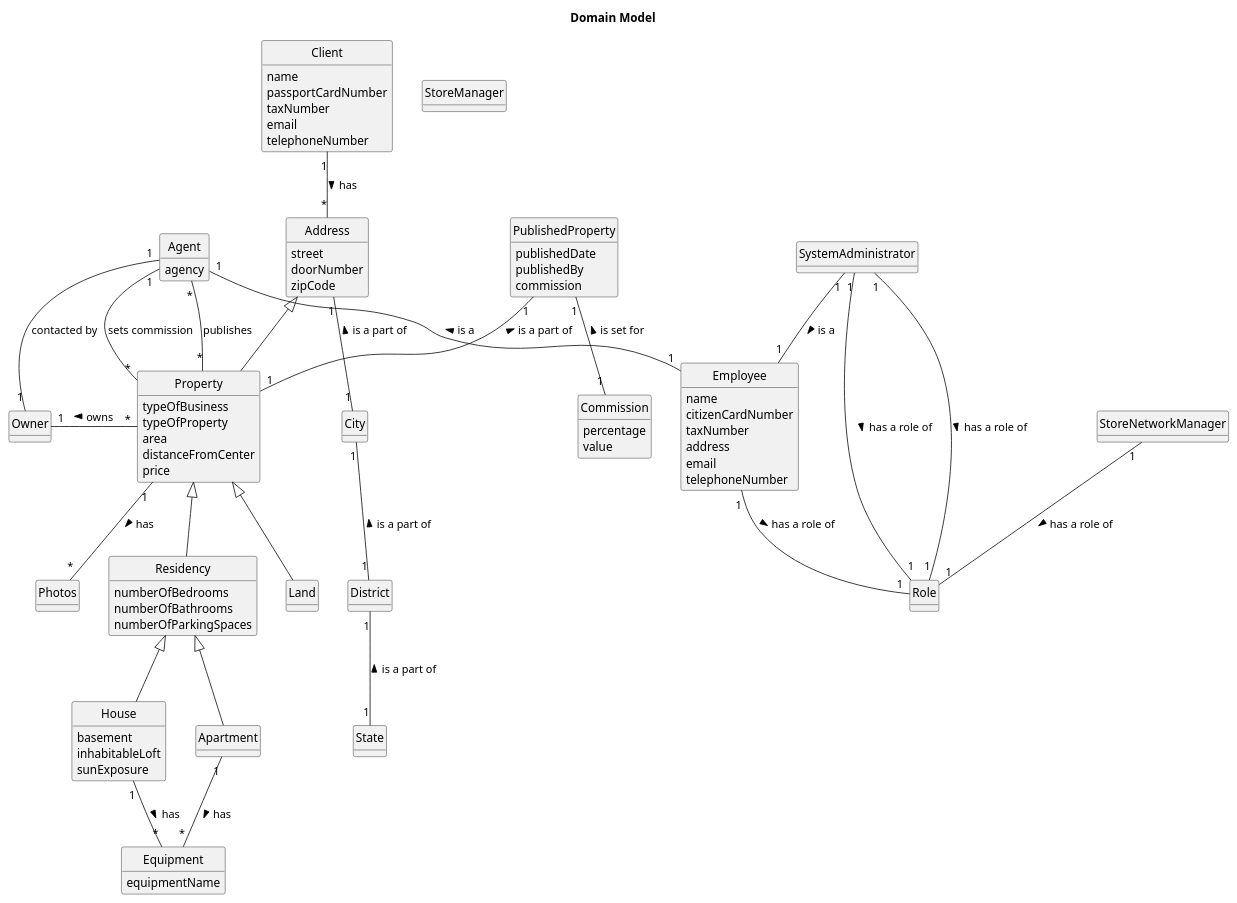
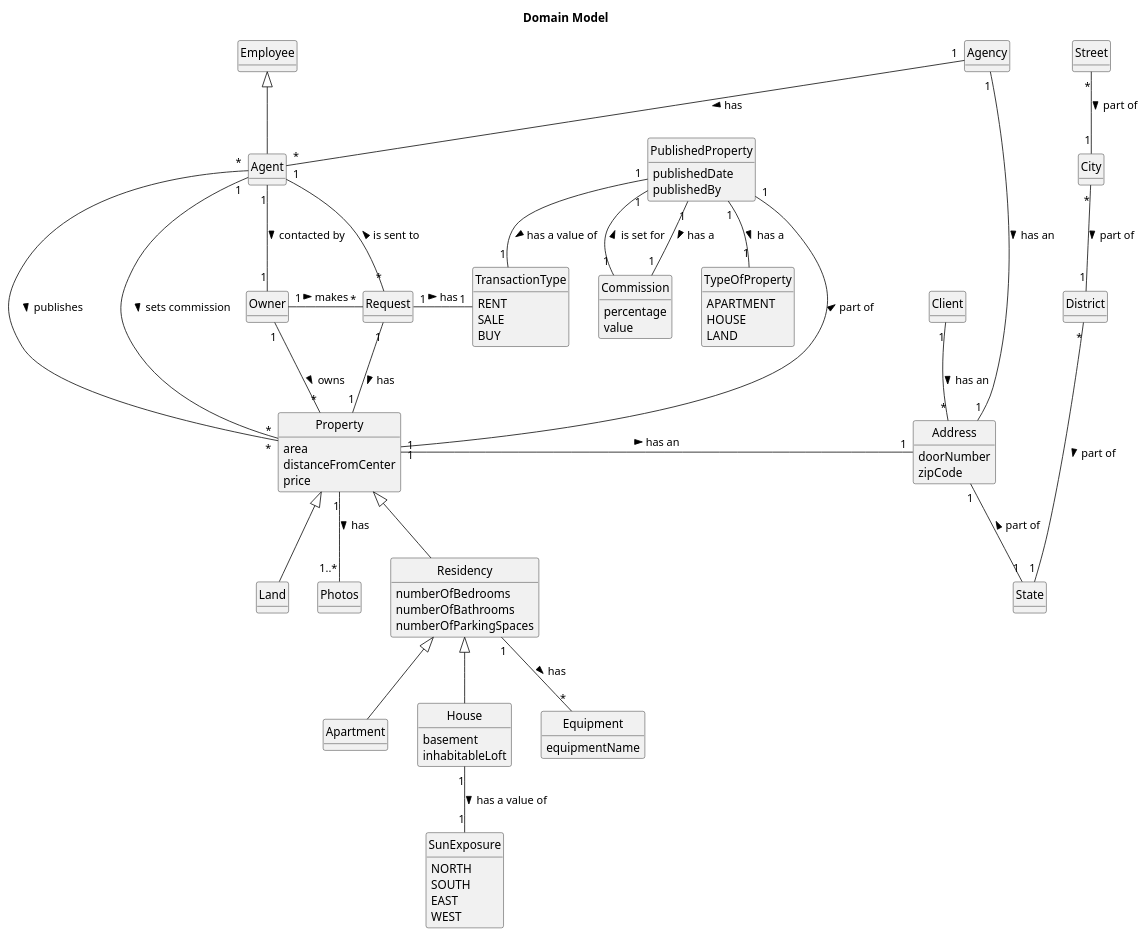
One commit to Goncalves2525/real-estate-management-system changed the diagram in docs/sprintB/us002/02.analysis/puml/us002-domain-model.puml. Above: the diagram before and after it, drawn with PlantUML. The commit also changed 15 other files, not shown here.

```diff
--- a/docs/sprintB/us002/02.analysis/puml/us002-domain-model.puml
+++ b/docs/sprintB/us002/02.analysis/puml/us002-domain-model.puml
@@ -1,148 +1,134 @@
 @startuml
 skinparam monochrome true
 skinparam packageStyle rectangle
 skinparam shadowing false
 skinparam classAttributeIconSize 0
 'skinparam linetype ortho
 hide circle
 hide methods
 
 title Domain Model
 
 class Client{
-    name
-    passportCardNumber
-    taxNumber
-    email
-    telephoneNumber
 }
 
-class Owner {
+class Owner{
 }
 
 class Employee{
-    name
-    citizenCardNumber
-    taxNumber
-    address
-    email
-    telephoneNumber
 }
 
-class Agent{
-    agency
+class Agent extends Employee{
 }
 
-'class Property{
-'    typeOfProperty
-'    area
-'    location
-'    distanceFromCityCentre
-'    requestedPrice
-'    photographs
-'    numberOfBedrooms
-'    numberOfBathrooms
-'    numberOfParkingSpaces
-'    availableEquipment
-'    hasBasement
-'    hasInhabitableLoft
-'    sunExposureValue
-'}
 
-class Property extends Address{
-    typeOfBusiness
-    typeOfProperty
+
+class Property{
     area
     distanceFromCenter
     price
 }
 
 class Photos {
 }
 
 class Address{
-    street
     doorNumber
     zipCode
+}
+
+class Street{
 }
 
 class City{
 }
 
 class District{
 }
 
 class State{
 }
 
 class Apartment extends Residency{
 }
 
 class House extends Residency{
     basement
     inhabitableLoft
-    sunExposure
 }
 
 class Residency extends Property{
     numberOfBedrooms
     numberOfBathrooms
     numberOfParkingSpaces
 
 }
 
 class PublishedProperty{
     publishedDate
     publishedBy
-    commission
 }
 
 class Commission{
     percentage
     value
+}
+
+class TypeOfProperty{
+    APARTMENT
+    HOUSE
+    LAND
 }
 
 class Land extends Property{
 }
 
 class Equipment{
     equipmentName
 }
 
-class Role{
+
+class SunExposure{
+NORTH
+SOUTH
+EAST
+WEST
 }
 
-class SystemAdministrator{
-}
-
-class StoreManager{
-}
-
-class StoreNetworkManager{
+class TransactionType{
+RENT
+SALE
+BUY
 }
 
 
-Agent "1" -- "1" Employee: is a <
-Employee "1" -- "1" Role: has a role of >
-SystemAdministrator "1" -- "1" Role: has a role of >
-StoreNetworkManager "1" -- "1" Role: has a role of >
-SystemAdministrator "1" -- "1" Role: has a role of >
-SystemAdministrator "1" -- "1" Employee: is a >
-Agent "1" -- "1" Owner : contacted by
-Agent "*" - "*" Property: publishes
-Agent "1" - "*" Property: sets commission
-Owner "1" - "*" Property: owns <
-Address "1" -- "1" City : is a part of <
-City "1" -- "1" District : is a part of <
-District "1" -- "1" State : is a part of <
-Client "1" -- "*" Address: has >
-Property "1" -- "*" Photos: has >
+class Request{
+}
+
+PublishedProperty "1" -- "1" TypeOfProperty: has a >
+Agency "1" -- "*" Agent: has >
+Agent "1" -- "1" Owner : contacted by >
+Agent "*" - "*" Property: publishes >
+Agent "1" - "*" Property: sets commission >
+Owner "1" -- "*" Property: owns >
+Owner "1" - "*" Request: makes >
+Request "*" -- "1" Agent: is sent to >
+Request "1" - "1" Property: has >
+Request "1" - "1" TransactionType: has >
+Address "1" -- "1" State : part of <
+City "*" -- "1" District : part of >
+Street "*" -- "1" City : part of >
+District "*" --- "1" State : part of >
+Client "1" -- "*" Address: has an >
+Property "1" -- "1..*" Photos: has >
 PublishedProperty "1" -- "1" Commission: is set for <
-House "1" -- "*" Equipment: has >
-Apartment "1" -- "*" Equipment: has >
-PublishedProperty "1" -- "1" Property: is a part of <
+Residency "1" -- "*" Equipment: has >
+PublishedProperty "1" -- "1" Property: part of <
+Property "1" - "1" Address: has an >
+PublishedProperty "1" -- "1" Commission : has a >
+House "1" -- "1" SunExposure: has a value of >
+PublishedProperty "1" -- "1" TransactionType: has a value of >
+Agency "1" -- "1" Address: has an >
 
-'Property <|-- House
-'Property <|-- Apartment
-'Property <|-- Land
+
 @enduml
```
